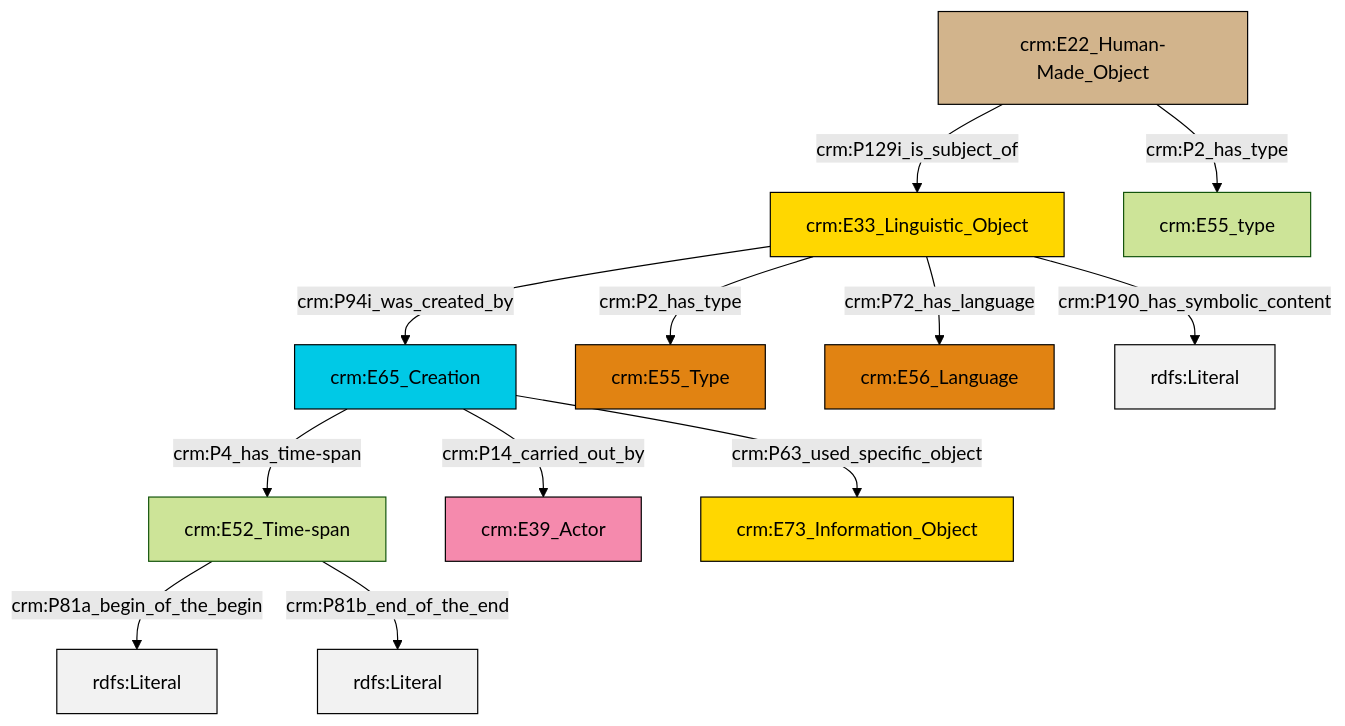
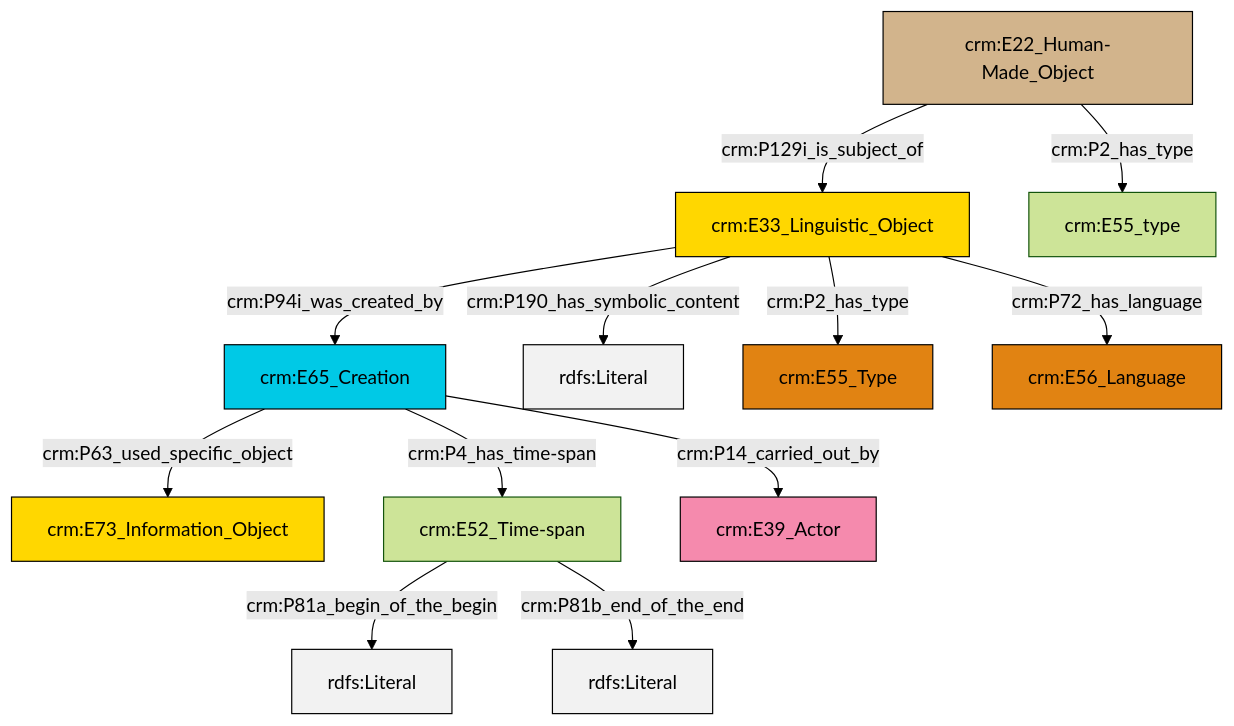
The diagram in et/builtWorkCSV/ttl/mmd/Built_Work_description.ttl.mmd (swiss-art-research-net/reference-data-models), drawn with Mermaid (forest theme) before and after one commit. The commit also changed 165 other files, not shown here.

```diff
--- a/et/builtWorkCSV/ttl/mmd/Built_Work_description.ttl.mmd
+++ b/et/builtWorkCSV/ttl/mmd/Built_Work_description.ttl.mmd
@@ -1,26 +1,26 @@
 graph TD
 classDef Literal fill:#f2f2f2,stroke:#000000;
 classDef CRM_Entity fill:#FFFFFF,stroke:#000000;
 classDef Temporal_Entity fill:#00C9E6, stroke:#000000;
 classDef Type fill:#E18312, stroke:#000000;
 classDef Time-Span fill:#2C9C91, stroke:#000000;
 classDef Appellation fill:#FFEB7F, stroke:#000000;
 classDef Place fill:#008836, stroke:#000000;
 classDef Persistent_Item fill:#B266B2, stroke:#000000;
 classDef Conceptual_Object fill:#FFD700, stroke:#000000;
 classDef Physical_Thing fill:#D2B48C, stroke:#000000;
 classDef Actor fill:#f58aad, stroke:#000000;
 classDef PC_Classes fill:#4ce600, stroke:#000000;
 classDef Multi fill:#cccccc,stroke:#000000;
 
-0["crm:E52_Time-span"]:::Default -->|crm:P81a_begin_of_the_begin| 1[rdfs:Literal]:::Literal
-4["crm:E65_Creation"]:::Temporal_Entity -->|crm:P14_carried_out_by| 5["crm:E39_Actor"]:::Actor
-0["crm:E52_Time-span"]:::Default -->|crm:P81b_end_of_the_end| 11[rdfs:Literal]:::Literal
-4["crm:E65_Creation"]:::Temporal_Entity -->|crm:P63_used_specific_object| 8["crm:E73_Information_Object"]:::Conceptual_Object
-2["crm:E22_Human-Made_Object"]:::Physical_Thing -->|crm:P2_has_type| 14["crm:E55_type"]:::Default
-6["crm:E33_Linguistic_Object"]:::Conceptual_Object -->|crm:P72_has_language| 18["crm:E56_Language"]:::Type
-4["crm:E65_Creation"]:::Temporal_Entity -->|crm:P4_has_time-span| 0["crm:E52_Time-span"]:::Default
-6["crm:E33_Linguistic_Object"]:::Conceptual_Object -->|crm:P190_has_symbolic_content| 19[rdfs:Literal]:::Literal
-2["crm:E22_Human-Made_Object"]:::Physical_Thing -->|crm:P129i_is_subject_of| 6["crm:E33_Linguistic_Object"]:::Conceptual_Object
-6["crm:E33_Linguistic_Object"]:::Conceptual_Object -->|crm:P2_has_type| 12["crm:E55_Type"]:::Type
-6["crm:E33_Linguistic_Object"]:::Conceptual_Object -->|crm:P94i_was_created_by| 4["crm:E65_Creation"]:::Temporal_Entity
+2["crm:E33_Linguistic_Object"]:::Conceptual_Object -->|crm:P94i_was_created_by| 3["crm:E65_Creation"]:::Temporal_Entity
+2["crm:E33_Linguistic_Object"]:::Conceptual_Object -->|crm:P190_has_symbolic_content| 5[rdfs:Literal]:::Literal
+0["crm:E22_Human-Made_Object"]:::Physical_Thing -->|crm:P129i_is_subject_of| 2["crm:E33_Linguistic_Object"]:::Conceptual_Object
+0["crm:E22_Human-Made_Object"]:::Physical_Thing -->|crm:P2_has_type| 10["crm:E55_type"]:::Default
+8["crm:E52_Time-span"]:::Default -->|crm:P81a_begin_of_the_begin| 13[rdfs:Literal]:::Literal
+3["crm:E65_Creation"]:::Temporal_Entity -->|crm:P4_has_time-span| 8["crm:E52_Time-span"]:::Default
+8["crm:E52_Time-span"]:::Default -->|crm:P81b_end_of_the_end| 16[rdfs:Literal]:::Literal
+3["crm:E65_Creation"]:::Temporal_Entity -->|crm:P63_used_specific_object| 6["crm:E73_Information_Object"]:::Conceptual_Object
+3["crm:E65_Creation"]:::Temporal_Entity -->|crm:P14_carried_out_by| 11["crm:E39_Actor"]:::Actor
+2["crm:E33_Linguistic_Object"]:::Conceptual_Object -->|crm:P72_has_language| 19["crm:E56_Language"]:::Type
+2["crm:E33_Linguistic_Object"]:::Conceptual_Object -->|crm:P2_has_type| 14["crm:E55_Type"]:::Type
```
